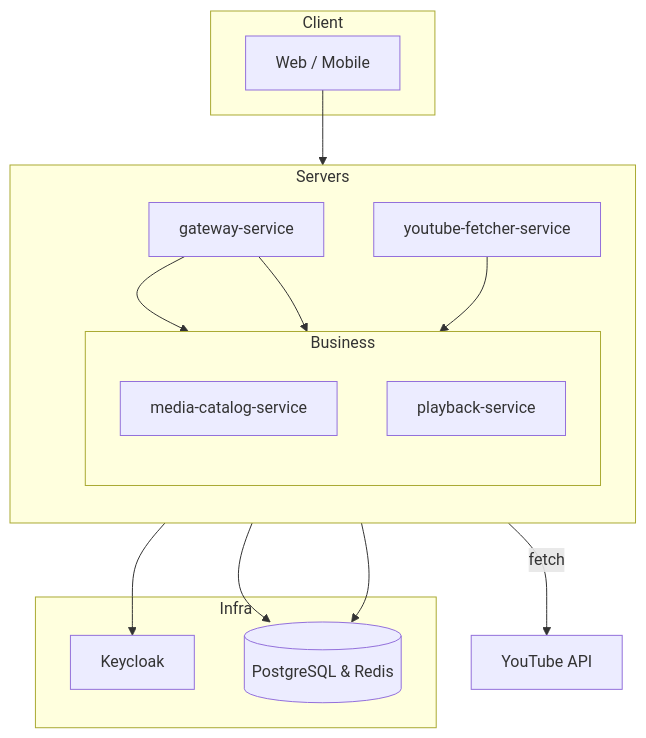
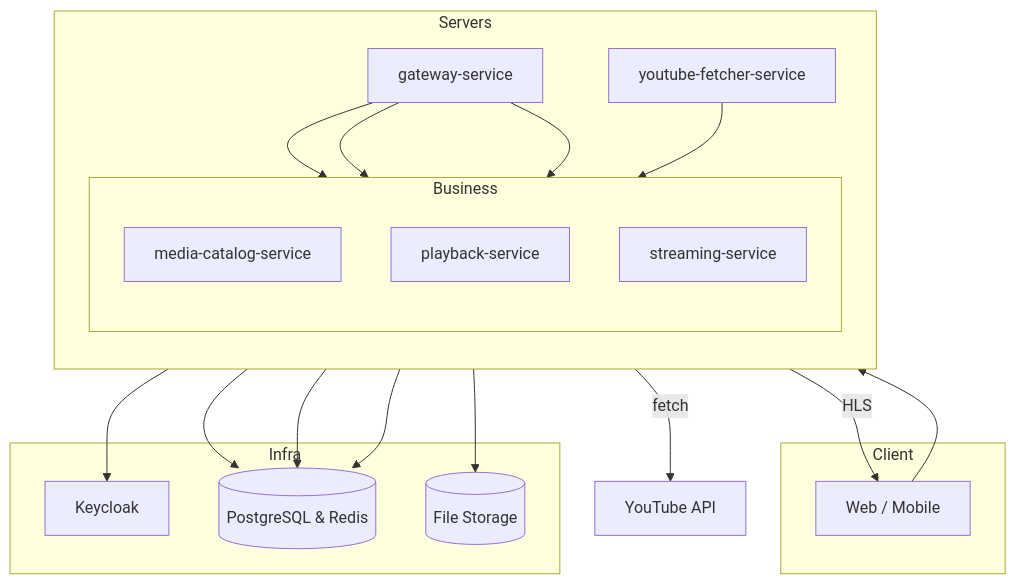
The diagram in README.md (sglee487/loopin-server), drawn with Mermaid before and after one commit. The commit also changed other lines of this file and 1 other file, not shown here.

First line of the commit message:
Add streaming-service with HLS support and video processing

````diff
--- a/README.md
+++ b/README.md
@@ -9,39 +9,45 @@
 ```mermaid
 flowchart TB
 
   %% CLIENT
   subgraph "Client"
     C["Web / Mobile"]
   end
 
   %% SERVERS
   subgraph "Servers"
     direction TB
     G["gateway-service"]
     YF["youtube-fetcher-service"]
     subgraph "Business"
       direction TB
       MC["media-catalog-service"]
       PB["playback-service"]
+      ST["streaming-service"]
     end
   end
 
   %% INFRA
   subgraph "Infra"
     KC["Keycloak"]
     DS[("PostgreSQL & Redis")]
+    FS[("File Storage")]
   end
 
   %% EXTERNAL API
   YT["YouTube API"]
 
   %% FLOWS
   C --> G
   G --> KC
   G --> MC
   G --> PB
+  G --> ST
   YF --> MC
   YF -- fetch --> YT
   MC --> DS
   PB --> DS
+  ST --> DS
+  ST --> FS
+  ST -- HLS --> C
 ```
````
